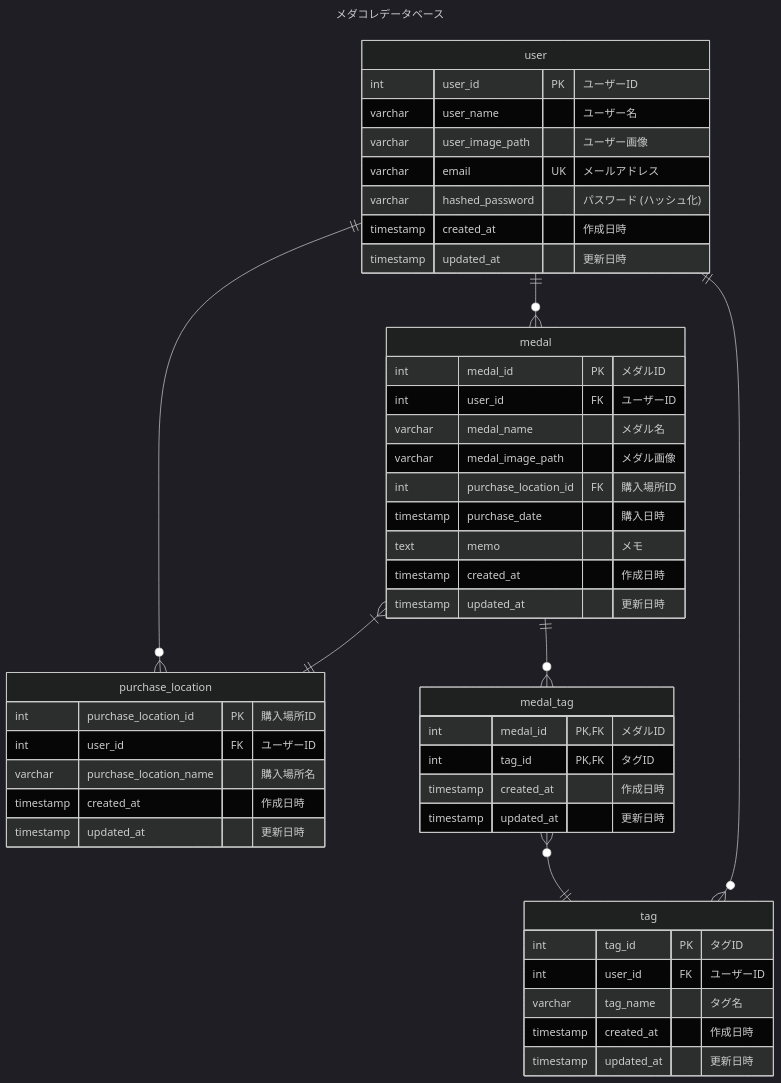
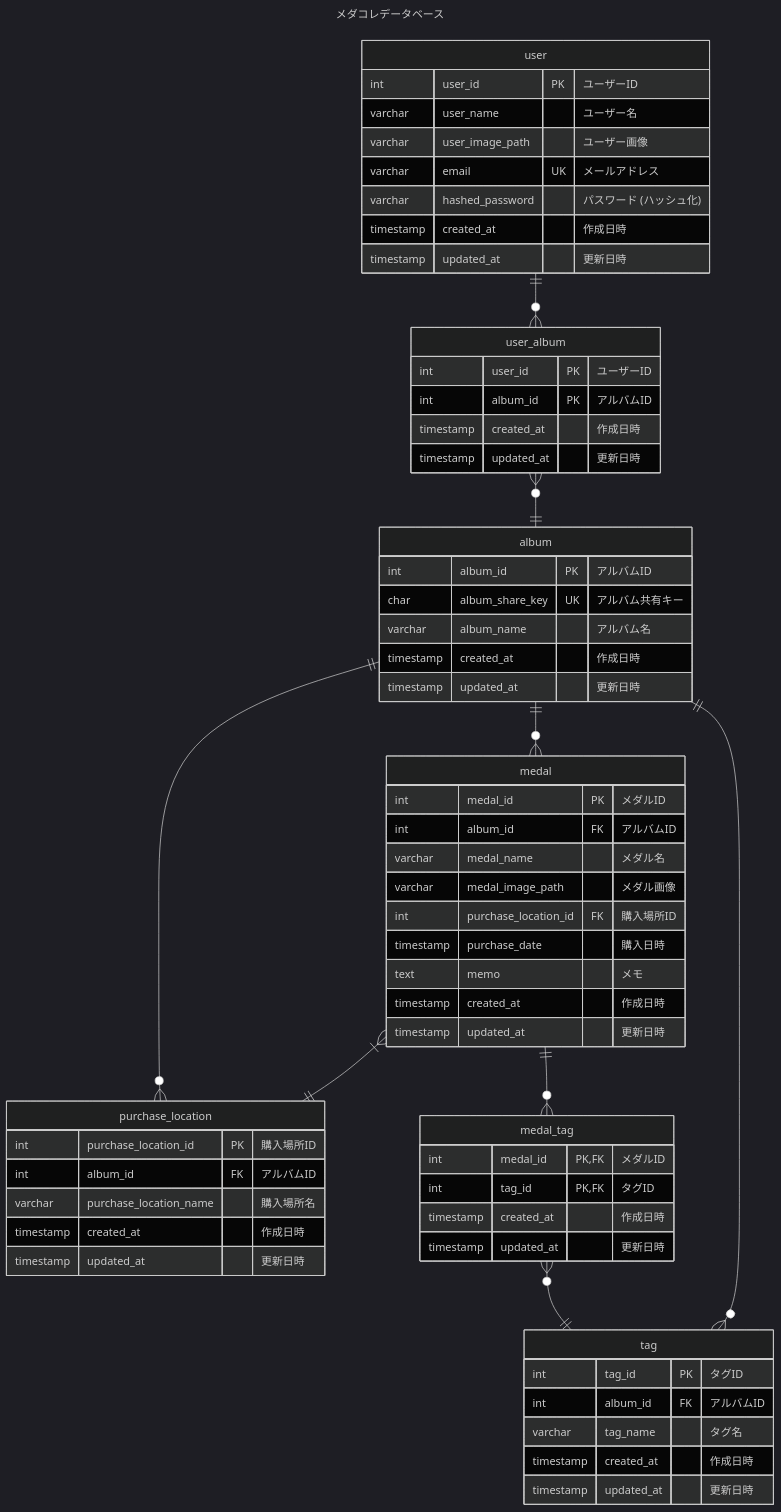
One commit to team-tiro/medal-collection-document changed the diagram in docs/pages/ER図.md. Above: the diagram before and after it, drawn with Mermaid (dark theme). The commit also changed 4 other files, not shown here.

````diff
--- a/docs/pages/ER図.md
+++ b/docs/pages/ER図.md
@@ -3,57 +3,74 @@
 ```mermaid
 ---
 title: "メダコレデータベース"
 ---
 erDiagram
-    user ||--o{ medal: ""
-    user ||--o{ tag: ""
+    user ||--o{ user_album: ""
+    user_album }o--|| album: ""
+    album ||--o{ medal: ""
+    album ||--o{ tag: ""
     medal }|--|| purchase_location: ""
     medal ||--o{ medal_tag: ""
-    user ||--o{ purchase_location: ""
+    album ||--o{ purchase_location: ""
     medal_tag }o--|| tag: ""
 
   user {
     int user_id PK "ユーザーID"
     varchar user_name "ユーザー名"
     varchar user_image_path "ユーザー画像"
     varchar email UK "メールアドレス"
     varchar hashed_password "パスワード (ハッシュ化)"
     timestamp created_at "作成日時"
     timestamp updated_at "更新日時"
   }
 
+  user_album {
+    int user_id PK "ユーザーID"
+    int album_id PK "アルバムID"
+    timestamp created_at "作成日時"
+    timestamp updated_at "更新日時"
+  }
+
+  album {
+    int album_id PK "アルバムID"
+    char album_share_key UK "アルバム共有キー"
+    varchar album_name "アルバム名"
+    timestamp created_at "作成日時"
+    timestamp updated_at "更新日時"
+  }
+
   medal {
     int medal_id PK "メダルID"
-    int user_id FK "ユーザーID"
+    int album_id FK "アルバムID"
     varchar medal_name "メダル名"
     varchar medal_image_path "メダル画像"
     int purchase_location_id FK "購入場所ID"
     timestamp purchase_date "購入日時"
     text memo "メモ"
     timestamp created_at "作成日時"
     timestamp updated_at "更新日時"
   }
 
   medal_tag {
     int medal_id PK,FK "メダルID"
     int tag_id PK,FK "タグID"
     timestamp created_at "作成日時"
     timestamp updated_at "更新日時"
   }
 
   tag {
     int tag_id PK "タグID"
-    int user_id FK "ユーザーID"
+    int album_id FK "アルバムID"
     varchar tag_name "タグ名"
     timestamp created_at "作成日時"
     timestamp updated_at "更新日時"
   }
 
   purchase_location {
     int purchase_location_id PK "購入場所ID"
-    int user_id FK "ユーザーID"
+    int album_id FK "アルバムID"
     varchar purchase_location_name "購入場所名"
     timestamp created_at "作成日時"
     timestamp updated_at "更新日時"
   }
 ```
````
